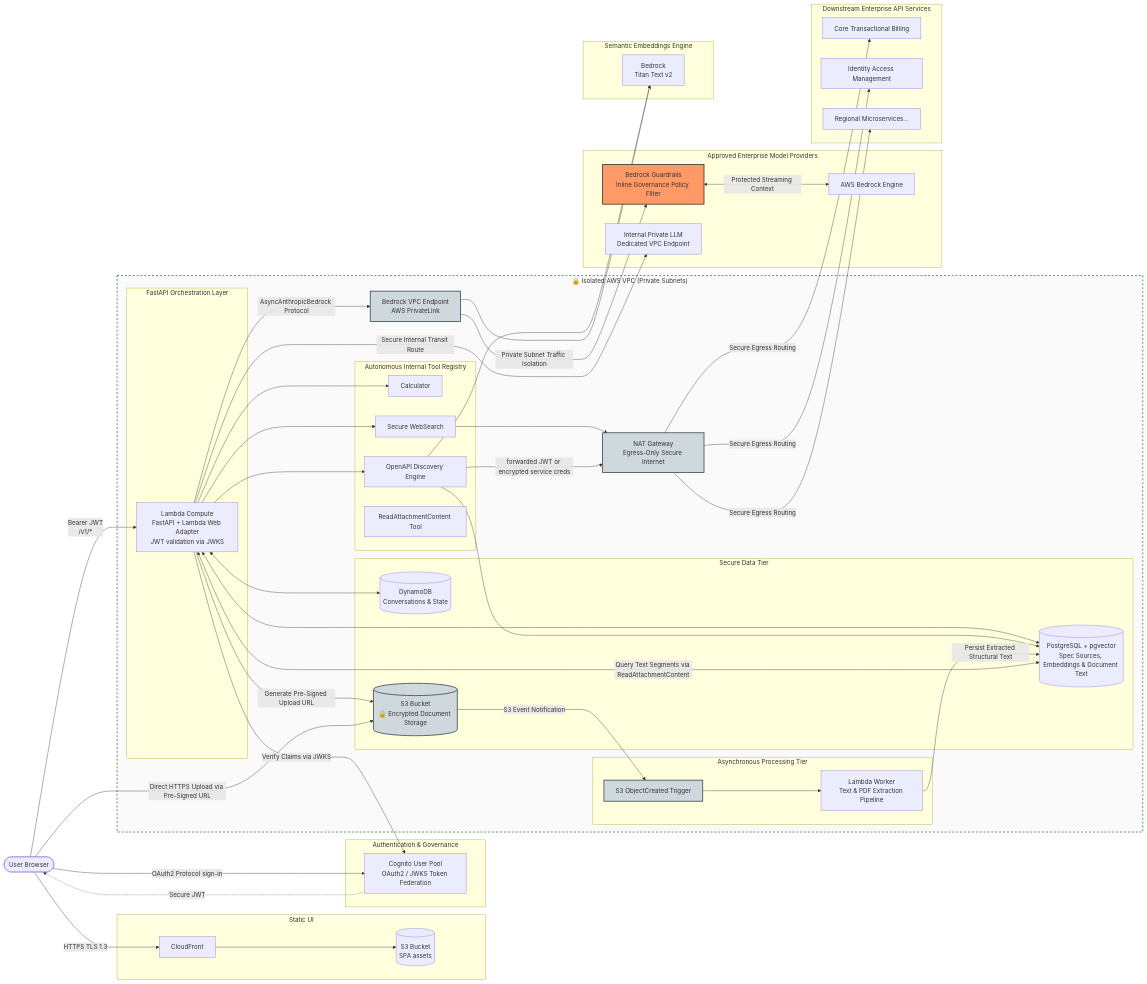
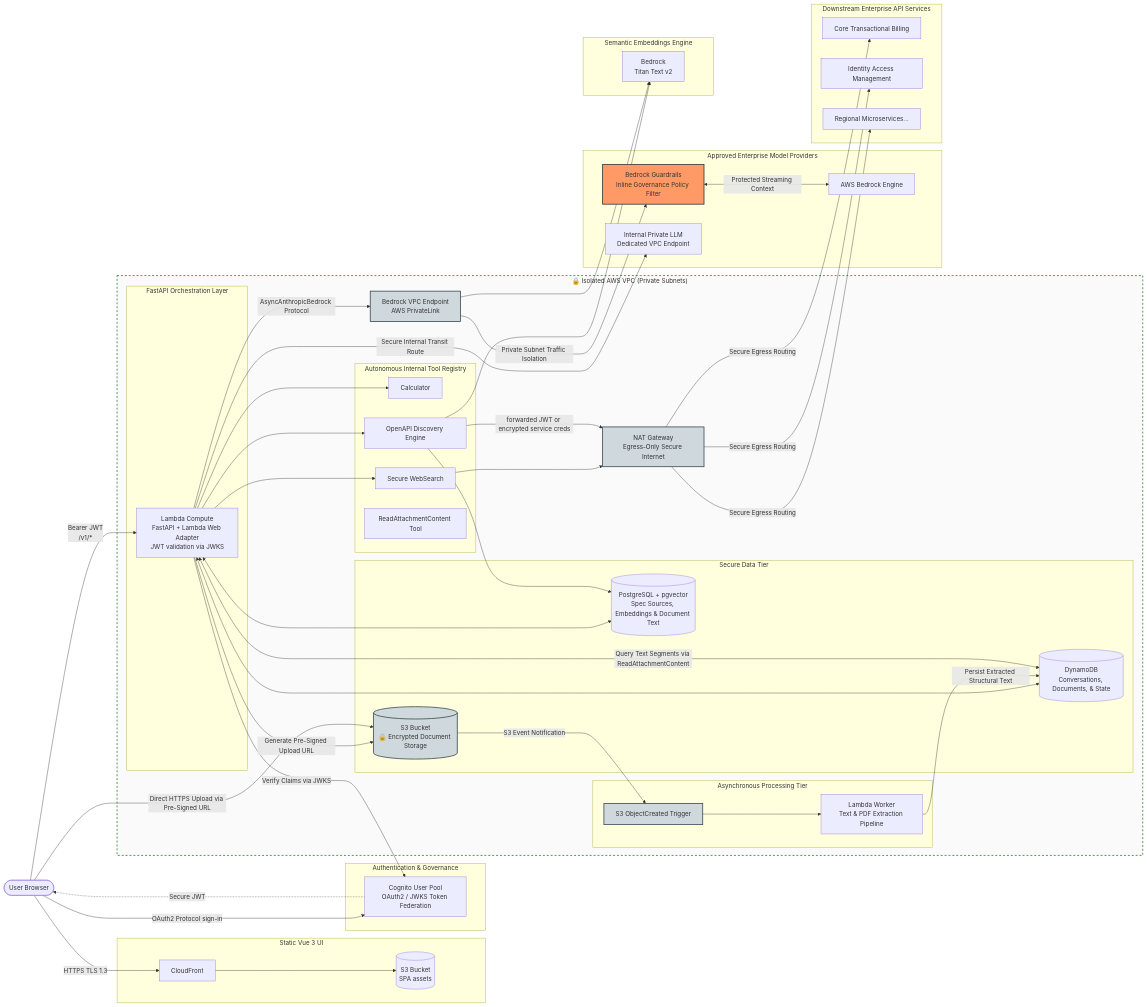
The diagram in README.md (derekvasilich/lambda-chat-agent), drawn with Mermaid before and after one commit.

```diff
--- a/README.md
+++ b/README.md
@@ -6,7 +6,7 @@
 flowchart LR
     User([User Browser])
 
-    subgraph Frontend["Static UI"]
+    subgraph Frontend["Static Vue 3 UI"]
         CF[CloudFront]
         S3[(S3 Bucket<br/>SPA assets)]
     end
@@ -23,7 +23,7 @@
         end
 
         subgraph Data["Secure Data Tier"]
-            DDB[(DynamoDB<br/>Conversations & State)]
+            DDB[(DynamoDB<br/>Conversations, Documents, & State)]
             PG[(PostgreSQL + pgvector<br/>Spec Sources, Embeddings & Document Text)]
             S3_Doc[(S3 Bucket<br/>🔒 Encrypted Document Storage)]:::network
         end
@@ -103,8 +103,8 @@
     User -->|Direct HTTPS Upload via Pre-Signed URL| S3_Doc
     S3_Doc -->|S3 Event Notification| S3_Event
     S3_Event --> Text_Lambda
-    Text_Lambda -->|Persist Extracted Structural Text| PG
-    Lambda <-->|Query Text Segments via ReadAttachmentContent| PG    
+    Text_Lambda -->|Persist Extracted Structural Text| DDB
+    Lambda <-->|Query Text Segments via ReadAttachmentContent| DDB    
 
     %% Styling and Accents
     classDef network fill:#cfd8dc,stroke:#37474f,stroke-width:2px;
```
